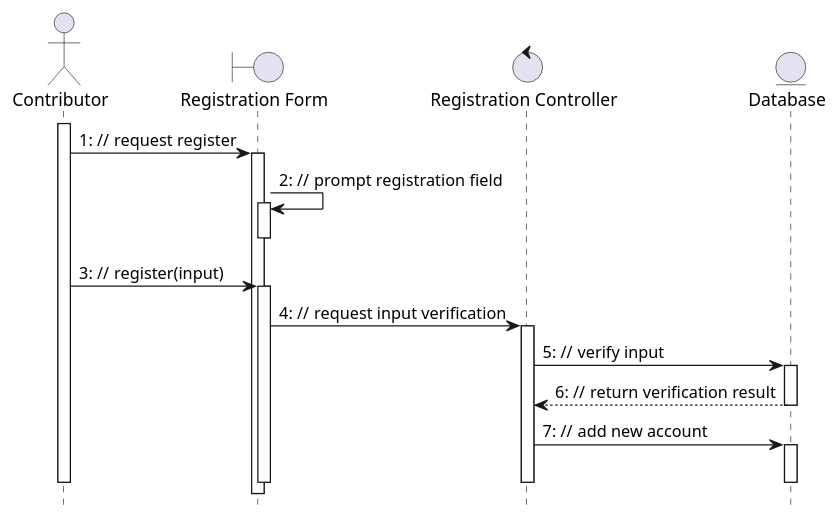
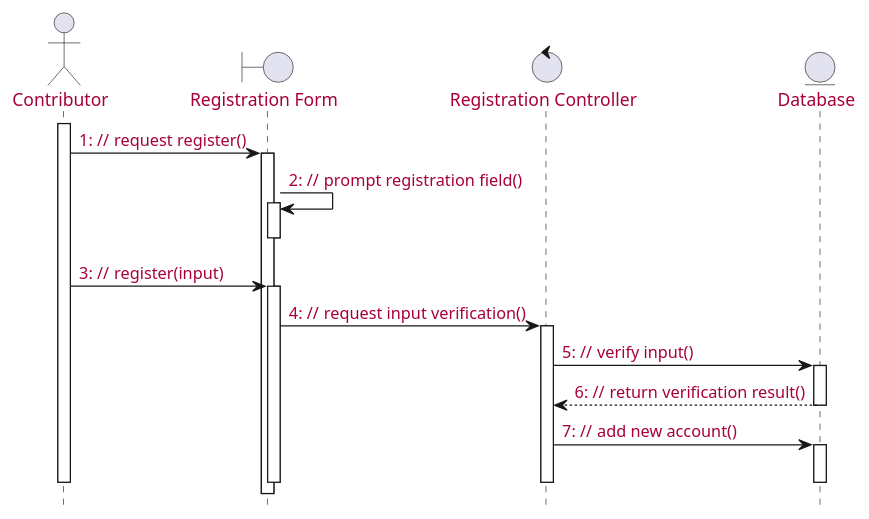
Before and after one commit to McSinyx/ipppi: the first of 6 diagrams in source/solution/use-case-analysis.rst, drawn with PlantUML. The commit also changed other lines of this file and 1 other file, not shown here.

```diff
--- a/source/solution/use-case-analysis.rst
+++ b/source/solution/use-case-analysis.rst
@@ -13,26 +13,27 @@
 .. uml::
-   
+
+   skinparam defaultFontColor #a80036
    autonumber "#: //"
    autoactivate on
    hide footbox
-   
+
    actor Contributor
    boundary "Registration Form" as RF
    control "Registration Controller" as RC
    entity Database
 
    activate Contributor
-   Contributor -> RF : request register
-   RF -> RF : prompt registration field
+   Contributor -> RF : request register()
+   RF -> RF : prompt registration field()
    deactivate RF
 
    Contributor -> RF : register(input)
-   RF -> RC : request input verification
-   RC -> Database : verify input
-   Database --> RC : return verification result
+   RF -> RC : request input verification()
+   RC -> Database : verify input()
+   Database --> RC : return verification result()
 
-   RC -> Database : add new account 
+   RC -> Database : add new account()
    deactivate Database
    deactivate RC
    deactivate RF
    deactivate Contributor
```
